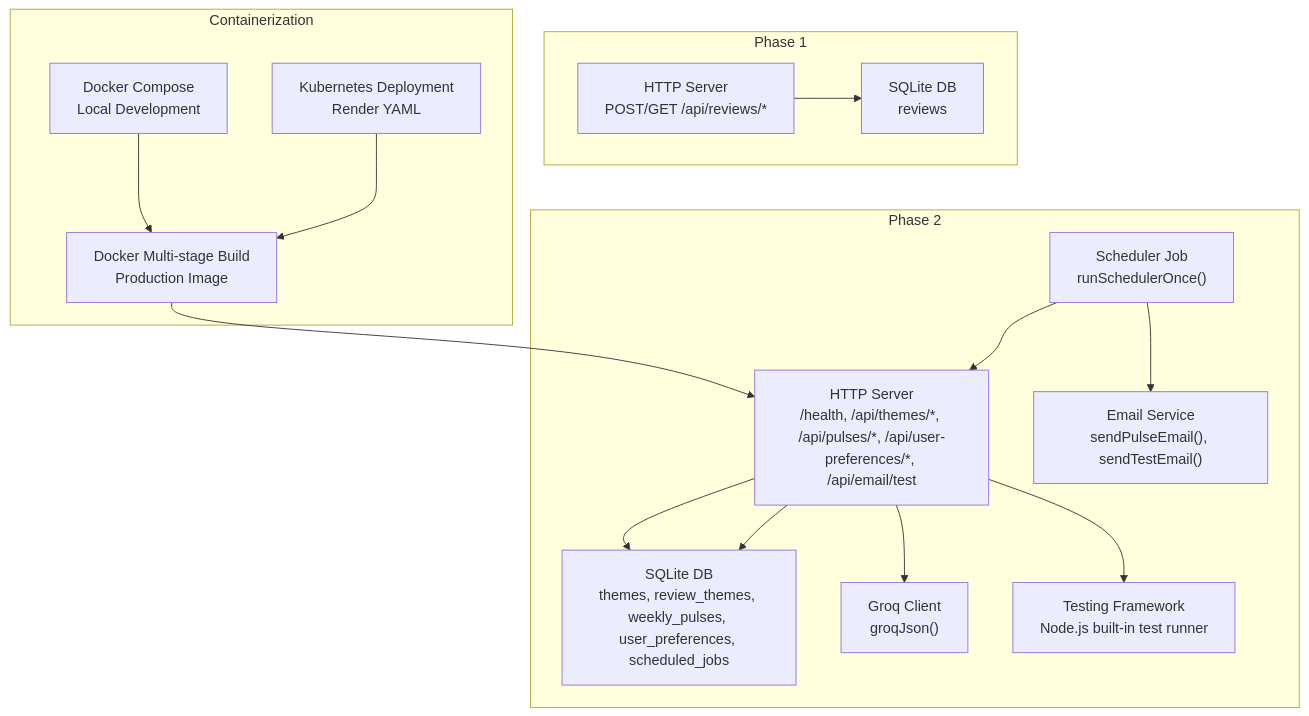
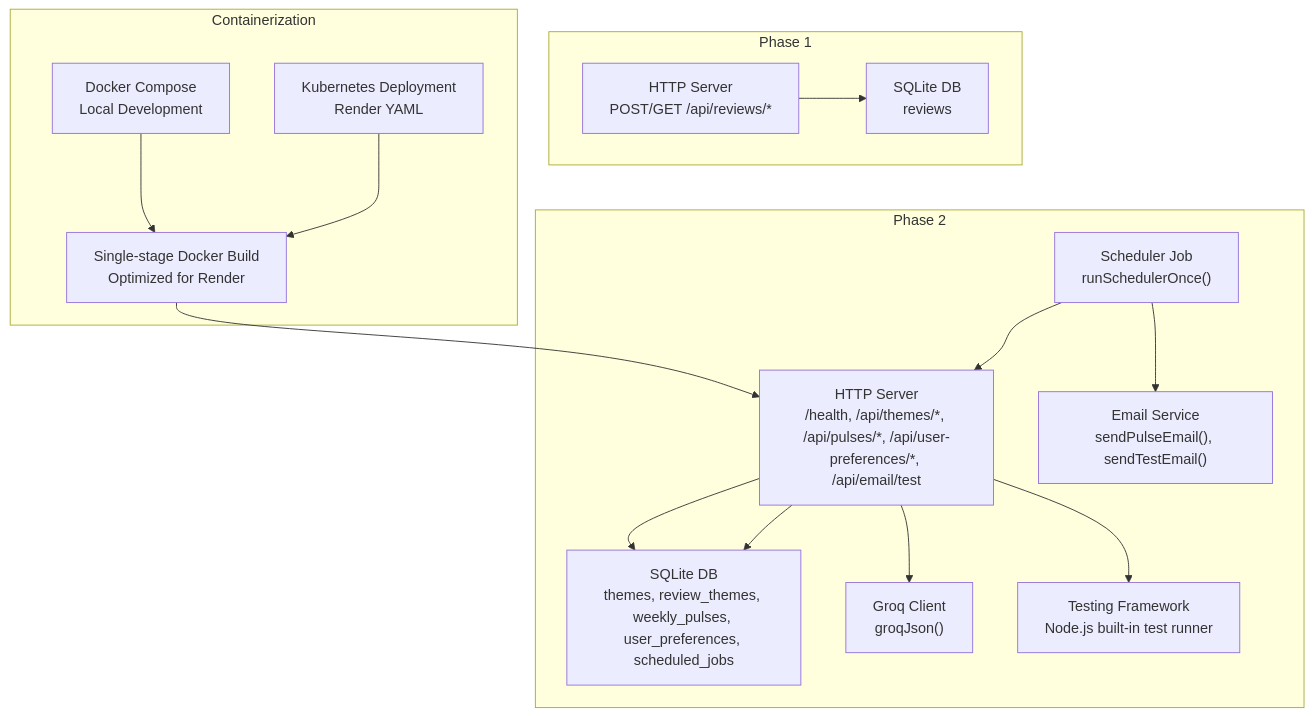
Before and after one commit to aravinthraj-ramalingam/Groww-App-Review-Insights-Analyzer-: the first of 5 diagrams in .qoder/repowiki/en/content/Deployment & Operations.md, drawn with Mermaid. The commit also changed other lines of this file and 3 other files, not shown here.

````diff
--- a/.qoder/repowiki/en/content/Deployment & Operations.md
+++ b/.qoder/repowiki/en/content/Deployment & Operations.md
@@ -78,30 +78,30 @@
 ```mermaid
 graph TB
 subgraph "Phase 1"
 P1S["HTTP Server<br/>POST/GET /api/reviews/*"]
 P1DB["SQLite DB<br/>reviews"]
 end
 subgraph "Phase 2"
 P2S["HTTP Server<br/>/health, /api/themes/*, /api/pulses/*, /api/user-preferences/*, /api/email/test"]
 P2DB["SQLite DB<br/>themes, review_themes, weekly_pulses, user_preferences, scheduled_jobs"]
 SCH["Scheduler Job<br/>runSchedulerOnce()"]
 EMAIL["Email Service<br/>sendPulseEmail(), sendTestEmail()"]
 GROQ["Groq Client<br/>groqJson()"]
 TESTS["Testing Framework<br/>Node.js built-in test runner"]
 end
 subgraph "Containerization"
-DOCKER["Docker Multi-stage Build<br/>Production Image"]
+DOCKER["Single-stage Docker Build<br/>Optimized for Render"]
 K8S["Kubernetes Deployment<br/>Render YAML"]
 COMPOSE["Docker Compose<br/>Local Development"]
 end
 P1S --> P1DB
 P2S --> P2DB
 SCH --> P2S
 SCH --> EMAIL
 P2S --> GROQ
 P2S --> P2DB
 P2S --> TESTS
 DOCKER --> P2S
 K8S --> DOCKER
 COMPOSE --> DOCKER
 ```
````
